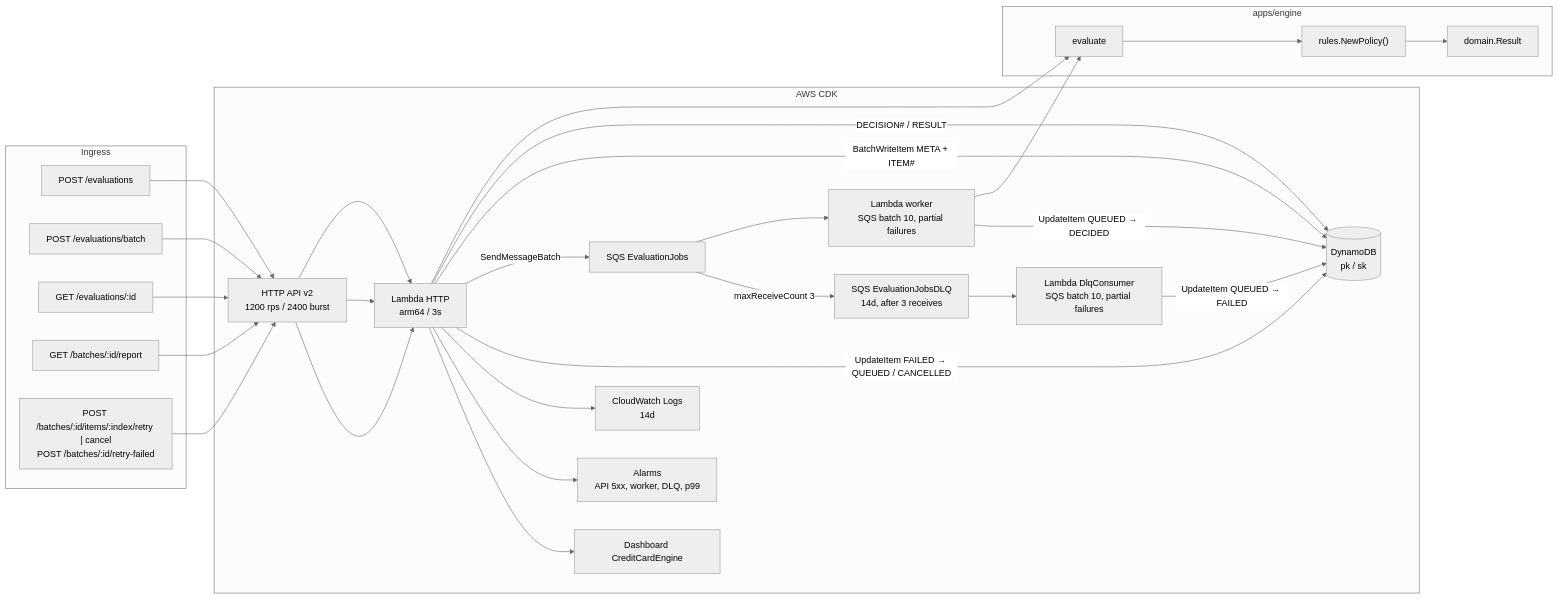
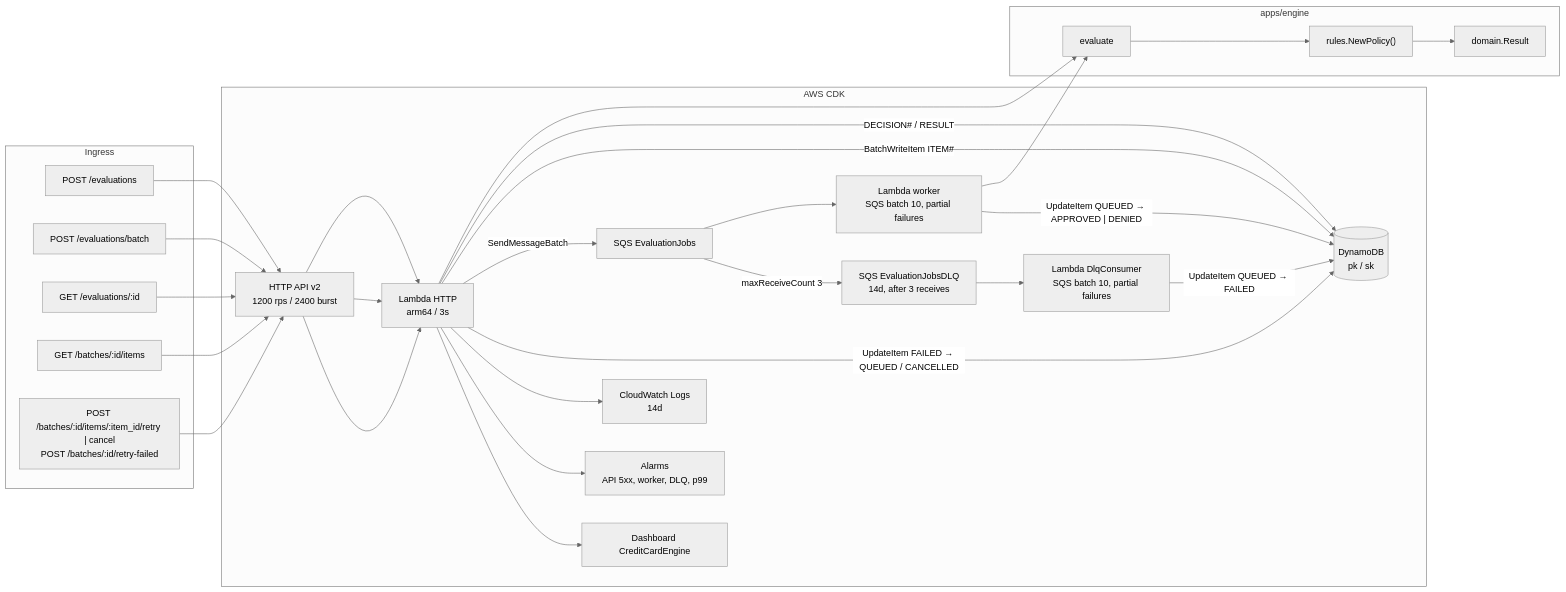
Before and after one commit to vitoladev/credit-card-engine: the first of 4 diagrams in docs/architecture.md, drawn with Mermaid (neutral theme). The commit also changed other lines of this file and 4 other files, not shown here.

````diff
--- a/docs/architecture.md
+++ b/docs/architecture.md
@@ -30,44 +30,44 @@
 ```mermaid
 flowchart LR
   subgraph clients [Ingress]
     sync["POST /evaluations"]
     batch["POST /evaluations/batch"]
     getOne["GET /evaluations/:id"]
-    getReport["GET /batches/:id/report"]
-    recover["POST /batches/:id/items/:index/retry | cancel\nPOST /batches/:id/retry-failed"]
+    getReport["GET /batches/:id/items"]
+    recover["POST /batches/:id/items/:item_id/retry | cancel\nPOST /batches/:id/retry-failed"]
   end
 
   subgraph edge [AWS CDK]
     api["HTTP API v2\n1200 rps / 2400 burst"]
     fn["Lambda HTTP\narm64 / 3s"]
     q["SQS EvaluationJobs"]
     worker["Lambda worker\nSQS batch 10, partial failures"]
     dlq["SQS EvaluationJobsDLQ\n14d, after 3 receives"]
     dlqFn["Lambda DlqConsumer\nSQS batch 10, partial failures"]
     ddb[("DynamoDB\npk / sk")]
     logs["CloudWatch Logs\n14d"]
     alarms["Alarms\nAPI 5xx, worker, DLQ, p99"]
     dash["Dashboard CreditCardEngine"]
   end
 
   subgraph core [apps/engine]
     ev["evaluate"]
     chain["rules.NewPolicy()"]
     domain["domain.Result"]
   end
 
   sync --> api --> fn --> ev
   fn -->|"DECISION# / RESULT"| ddb
-  batch --> api --> fn -->|"BatchWriteItem META + ITEM#"| ddb
+  batch --> api --> fn -->|"BatchWriteItem ITEM#"| ddb
   fn -->|SendMessageBatch| q --> worker --> ev
-  worker -->|"UpdateItem QUEUED → DECIDED"| ddb
+  worker -->|"UpdateItem QUEUED → APPROVED | DENIED"| ddb
   q -->|"maxReceiveCount 3"| dlq --> dlqFn
   dlqFn -->|"UpdateItem QUEUED → FAILED"| ddb
   recover --> api --> fn -->|"UpdateItem FAILED → QUEUED / CANCELLED"| ddb
   getOne --> api
   getReport --> api
   ev --> chain --> domain
   fn --> logs
   fn --> alarms
   fn --> dash
 ```
````
